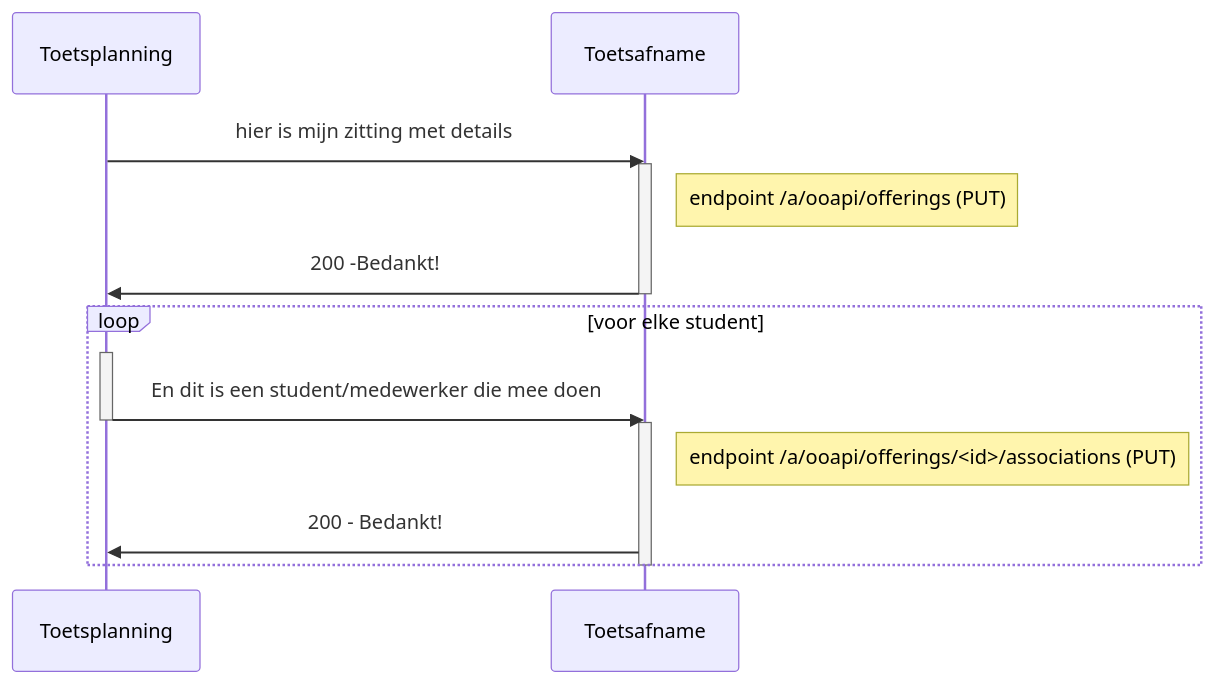
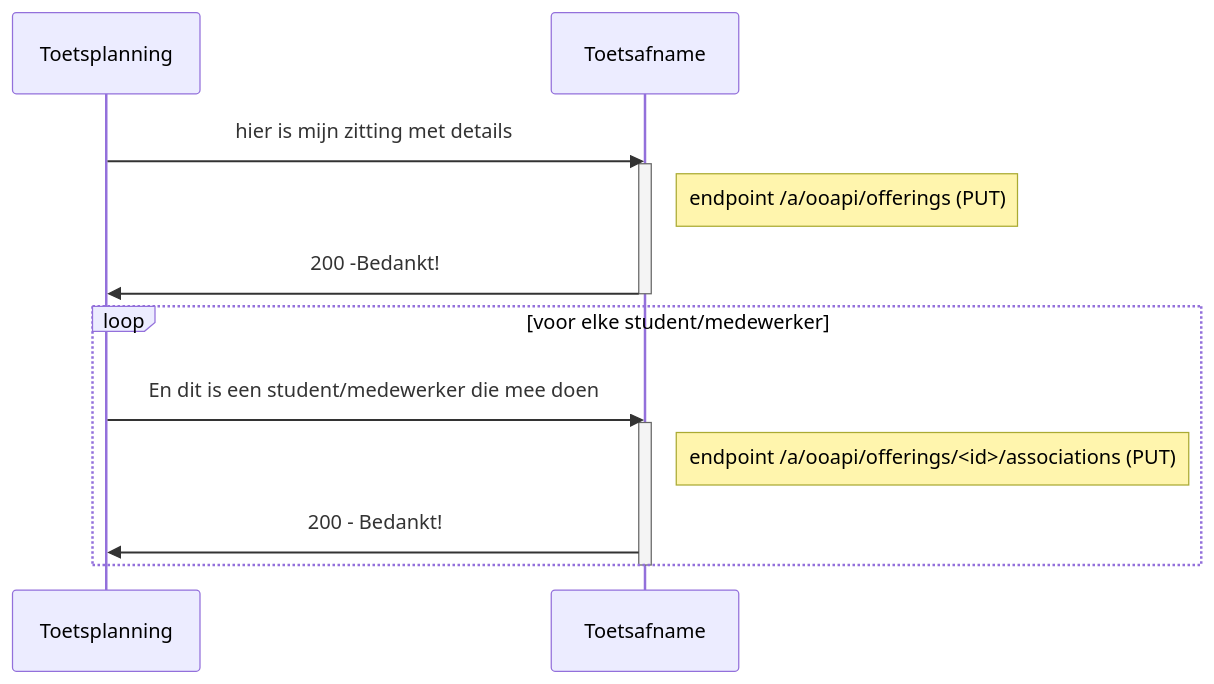
One commit to NetwerkExamineringDigitalisering/NED-OOAPI changed the second of 5 diagrams in doc/diagrams/flow2.md. Above: the diagram before and after it, drawn with Mermaid. The commit also changed other lines of this file, not shown here.

````diff
--- a/doc/diagrams/flow2.md
+++ b/doc/diagrams/flow2.md
@@ -19,17 +71,15 @@
 ```mermaid
 sequenceDiagram
     Toetsplanning->>Toetsafname: hier is mijn zitting met details
     activate Toetsafname
     Note right of Toetsafname: endpoint /a/ooapi/offerings (PUT)
     Toetsafname->>Toetsplanning: 200 -Bedankt!
     deactivate Toetsafname
-    loop voor elke student
-        activate Toetsplanning
+    loop voor elke student/medewerker
         Toetsplanning->>Toetsafname: En dit is een student/medewerker die mee doen
-        deactivate Toetsplanning
         activate Toetsafname
         Note right of Toetsafname: endpoint /a/ooapi/offerings/<id>/associations (PUT)
         Toetsafname->>Toetsplanning: 200 - Bedankt!
     end
     deactivate Toetsafname
 ```
````
